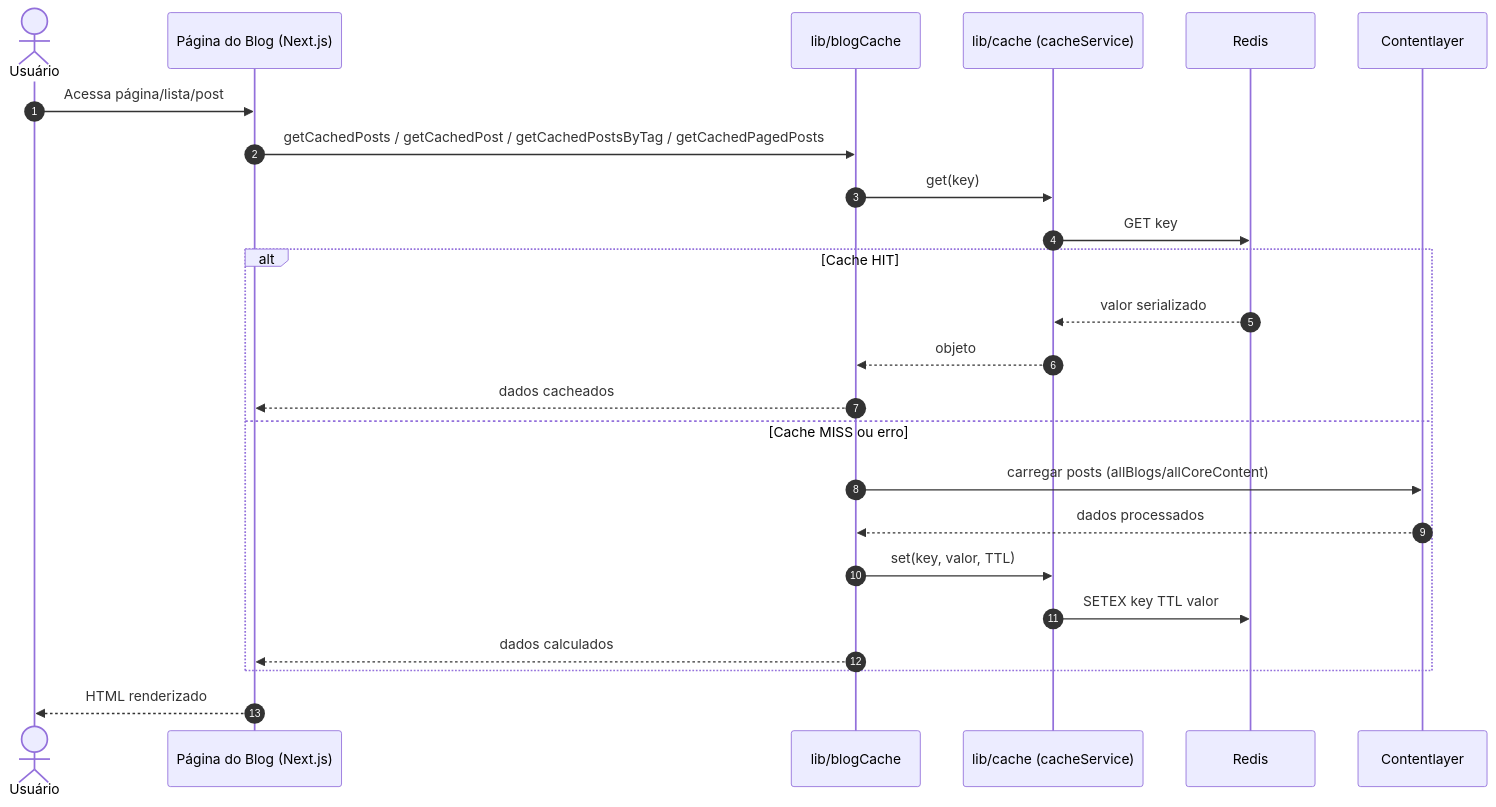
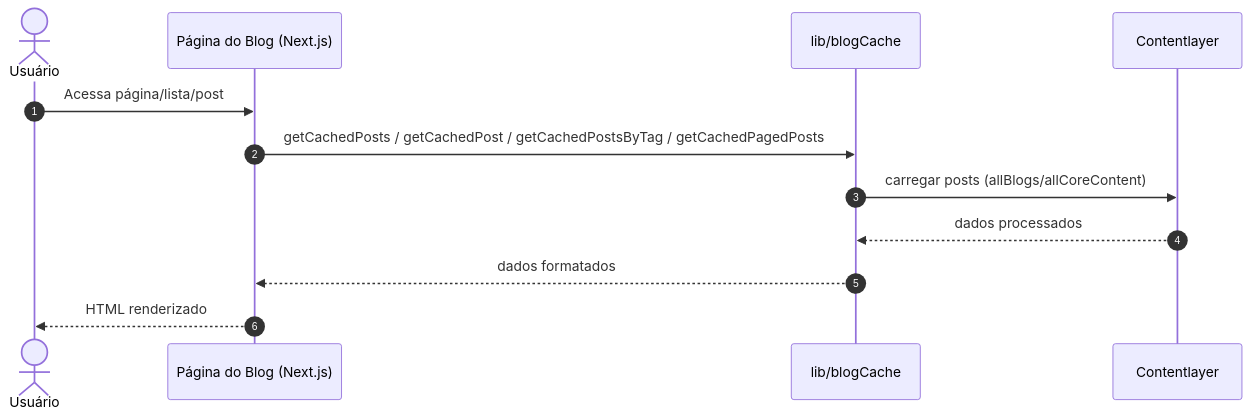
The diagram in README.md (nataliagranato/nataliagranato.github.io), drawn with Mermaid before and after one commit. The commit also changed other lines of this file and 34 other files, not shown here.

````diff
--- a/README.md
+++ b/README.md
@@ -107,27 +101,15 @@
 ```mermaid
 sequenceDiagram
   autonumber
   actor User as Usuário
   participant Page as Página do Blog (Next.js)
   participant BlogCache as lib/blogCache
-  participant CacheSvc as lib/cache (cacheService)
-  participant Redis as Redis
   participant CL as Contentlayer
 
   User->>Page: Acessa página/lista/post
   Page->>BlogCache: getCachedPosts / getCachedPost / getCachedPostsByTag / getCachedPagedPosts
-  BlogCache->>CacheSvc: get(key)
-  CacheSvc->>Redis: GET key
-  alt Cache HIT
-    Redis-->>CacheSvc: valor serializado
-    CacheSvc-->>BlogCache: objeto
-    BlogCache-->>Page: dados cacheados
-  else Cache MISS ou erro
-    BlogCache->>CL: carregar posts (allBlogs/allCoreContent)
-    CL-->>BlogCache: dados processados
-    BlogCache->>CacheSvc: set(key, valor, TTL)
-    CacheSvc->>Redis: SETEX key TTL valor
-    BlogCache-->>Page: dados calculados
-  end
+  BlogCache->>CL: carregar posts (allBlogs/allCoreContent)
+  CL-->>BlogCache: dados processados
+  BlogCache-->>Page: dados formatados
   Page-->>User: HTML renderizado
 ```
````
